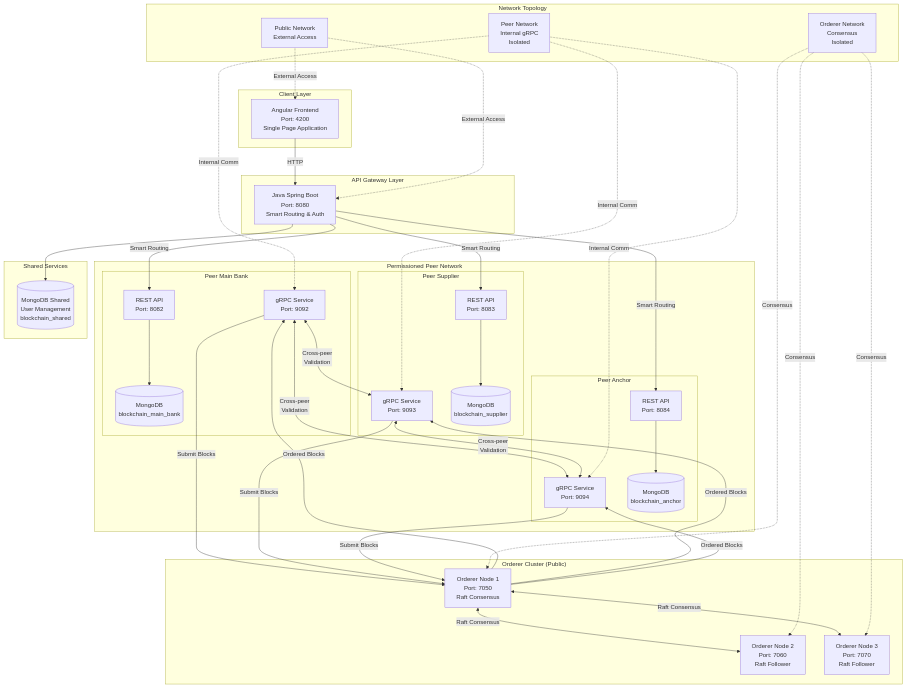
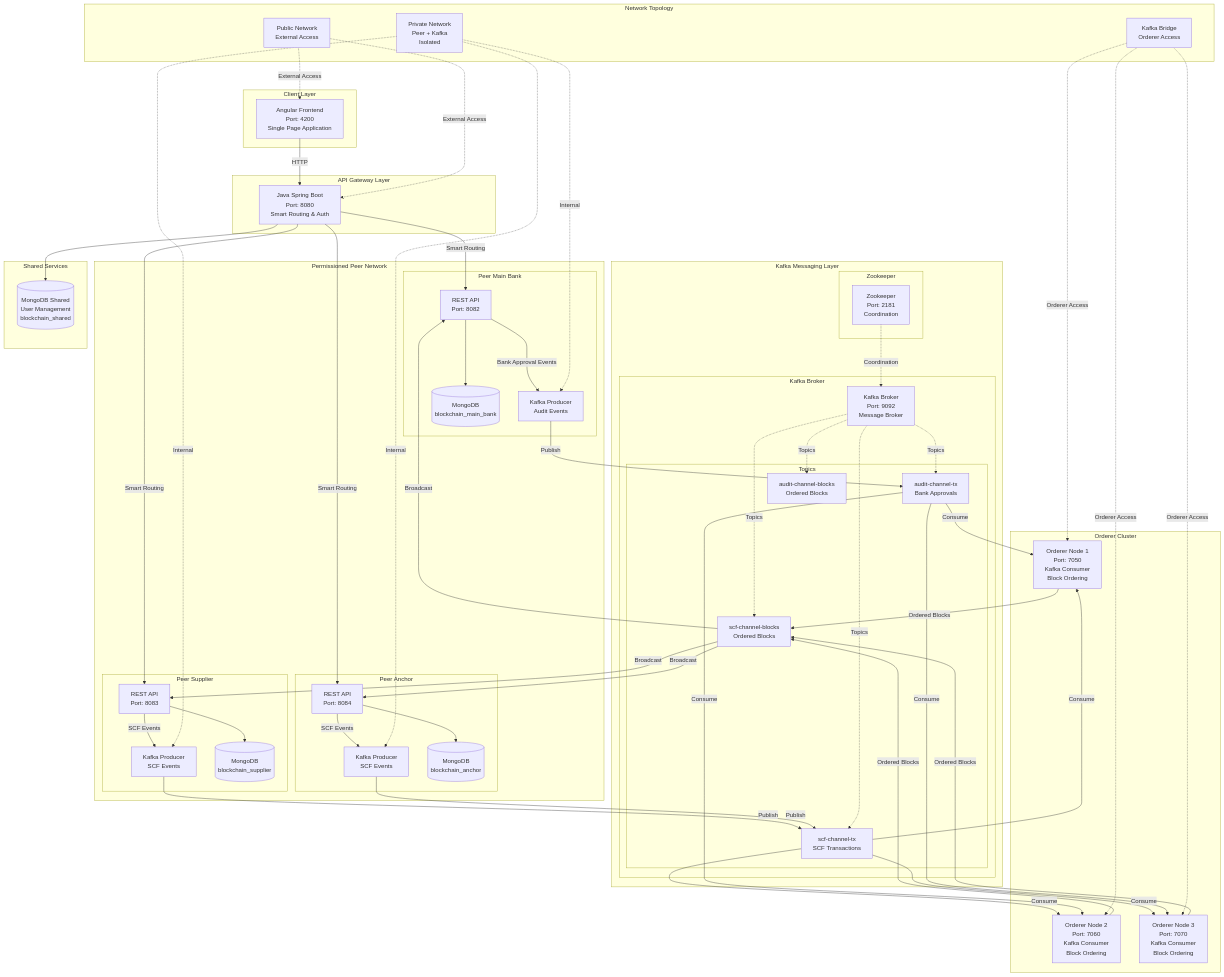
The first of 9 diagrams in System_Design_Document.md (trunghc97/blockchain), drawn with Mermaid before and after one commit. The commit also changed other lines of this file and 8 other files, not shown here.

First line of the commit message:
refactor: Integrate Kafka messaging layer for Peer-Orderer communication

````diff
--- a/System_Design_Document.md
+++ b/System_Design_Document.md
@@ -42,30 +42,46 @@
         JAVA[Java Spring Boot<br/>Port: 8080<br/>Smart Routing & Auth]
     end
 
+    subgraph "Kafka Messaging Layer"
+        subgraph "Zookeeper"
+            ZK[Zookeeper<br/>Port: 2181<br/>Coordination]
+        end
+
+        subgraph "Kafka Broker"
+            KB[Kafka Broker<br/>Port: 9092<br/>Message Broker]
+            subgraph "Topics"
+                SCF_TX[scf-channel-tx<br/>SCF Transactions]
+                AUDIT_TX[audit-channel-tx<br/>Bank Approvals]
+                SCF_BLOCKS[scf-channel-blocks<br/>Ordered Blocks]
+                AUDIT_BLOCKS[audit-channel-blocks<br/>Ordered Blocks]
+            end
+        end
+    end
+
     subgraph "Permissioned Peer Network"
         subgraph "Peer Main Bank"
             MB_API[REST API<br/>Port: 8082]
-            MB_GRPC[gRPC Service<br/>Port: 9092]
+            MB_KAFKA[Kafka Producer<br/>Audit Events]
             MB_DB[(MongoDB<br/>blockchain_main_bank)]
         end
 
         subgraph "Peer Supplier"
             SUP_API[REST API<br/>Port: 8083]
-            SUP_GRPC[gRPC Service<br/>Port: 9093]
+            SUP_KAFKA[Kafka Producer<br/>SCF Events]
             SUP_DB[(MongoDB<br/>blockchain_supplier)]
         end
 
         subgraph "Peer Anchor"
             ANC_API[REST API<br/>Port: 8084]
-            ANC_GRPC[gRPC Service<br/>Port: 9094]
+            ANC_KAFKA[Kafka Producer<br/>SCF Events]
             ANC_DB[(MongoDB<br/>blockchain_anchor)]
         end
     end
 
-    subgraph "Orderer Cluster (Public)"
-        ORD1[Orderer Node 1<br/>Port: 7050<br/>Raft Consensus]
-        ORD2[Orderer Node 2<br/>Port: 7060<br/>Raft Follower]
-        ORD3[Orderer Node 3<br/>Port: 7070<br/>Raft Follower]
+    subgraph "Orderer Cluster"
+        ORD1[Orderer Node 1<br/>Port: 7050<br/>Kafka Consumer<br/>Block Ordering]
+        ORD2[Orderer Node 2<br/>Port: 7060<br/>Kafka Consumer<br/>Block Ordering]
+        ORD3[Orderer Node 3<br/>Port: 7070<br/>Kafka Consumer<br/>Block Ordering]
     end
 
     subgraph "Shared Services"
@@ -73,43 +89,57 @@
     end
 
     subgraph "Network Topology"
-        PUBLIC[Public Network<br/>External Access]
-        PEER_NW[Peer Network<br/>Internal gRPC<br/>Isolated]
-        ORDERER_NW[Orderer Network<br/>Consensus<br/>Isolated]
+        PUBLIC_NW[Public Network<br/>External Access]
+        PRIVATE_NW[Private Network<br/>Peer + Kafka<br/>Isolated]
+        KAFKA_BRIDGE[Kafka Bridge<br/>Orderer Access]
     end
 
-    %% Connections
+    %% Event Flow
     FE -->|HTTP| JAVA
     JAVA -->|Smart Routing| MB_API
     JAVA -->|Smart Routing| SUP_API
     JAVA -->|Smart Routing| ANC_API
 
-    MB_GRPC <-->|Cross-peer<br/>Validation| SUP_GRPC
-    MB_GRPC <-->|Cross-peer<br/>Validation| ANC_GRPC
-    SUP_GRPC <-->|Cross-peer<br/>Validation| ANC_GRPC
+    MB_API -->|Bank Approval Events| MB_KAFKA
+    SUP_API -->|SCF Events| SUP_KAFKA
+    ANC_API -->|SCF Events| ANC_KAFKA
 
-    MB_GRPC -->|Submit Blocks| ORD1
-    SUP_GRPC -->|Submit Blocks| ORD1
-    ANC_GRPC -->|Submit Blocks| ORD1
+    MB_KAFKA -->|Publish| AUDIT_TX
+    SUP_KAFKA -->|Publish| SCF_TX
+    ANC_KAFKA -->|Publish| SCF_TX
 
-    ORD1 <-->|Raft Consensus| ORD2
-    ORD1 <-->|Raft Consensus| ORD3
+    SCF_TX -->|Consume| ORD1
+    SCF_TX -->|Consume| ORD2
+    SCF_TX -->|Consume| ORD3
+    AUDIT_TX -->|Consume| ORD1
+    AUDIT_TX -->|Consume| ORD2
+    AUDIT_TX -->|Consume| ORD3
 
-    ORD1 -->|Ordered Blocks| MB_GRPC
-    ORD1 -->|Ordered Blocks| SUP_GRPC
-    ORD1 -->|Ordered Blocks| ANC_GRPC
+    ORD1 -->|Ordered Blocks| SCF_BLOCKS
+    ORD2 -->|Ordered Blocks| SCF_BLOCKS
+    ORD3 -->|Ordered Blocks| SCF_BLOCKS
+
+    SCF_BLOCKS -->|Broadcast| MB_API
+    SCF_BLOCKS -->|Broadcast| SUP_API
+    SCF_BLOCKS -->|Broadcast| ANC_API
 
     MB_API --> MB_DB
     SUP_API --> SUP_DB
     ANC_API --> ANC_DB
     JAVA --> SHARED_DB
 
-    PUBLIC -.->|External Access| FE
-    PUBLIC -.->|External Access| JAVA
-    PEER_NW -.->|Internal Comm| MB_GRPC
-    PEER_NW -.->|Internal Comm| SUP_GRPC
-    PEER_NW -.->|Internal Comm| ANC_GRPC
-    ORDERER_NW -.->|Consensus| ORD1
-    ORDERER_NW -.->|Consensus| ORD2
-    ORDERER_NW -.->|Consensus| ORD3
+    ZK -.->|Coordination| KB
+    KB -.->|Topics| SCF_TX
+    KB -.->|Topics| AUDIT_TX
+    KB -.->|Topics| SCF_BLOCKS
+    KB -.->|Topics| AUDIT_BLOCKS
+
+    PUBLIC_NW -.->|External Access| FE
+    PUBLIC_NW -.->|External Access| JAVA
+    PRIVATE_NW -.->|Internal| MB_KAFKA
+    PRIVATE_NW -.->|Internal| SUP_KAFKA
+    PRIVATE_NW -.->|Internal| ANC_KAFKA
+    KAFKA_BRIDGE -.->|Orderer Access| ORD1
+    KAFKA_BRIDGE -.->|Orderer Access| ORD2
+    KAFKA_BRIDGE -.->|Orderer Access| ORD3
 ```
````
